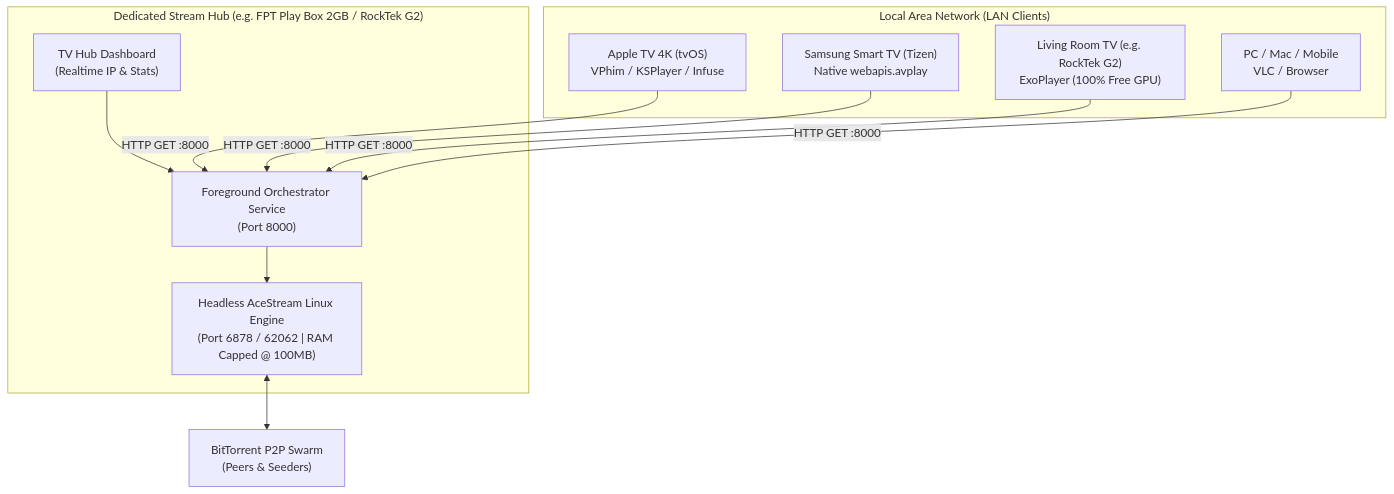
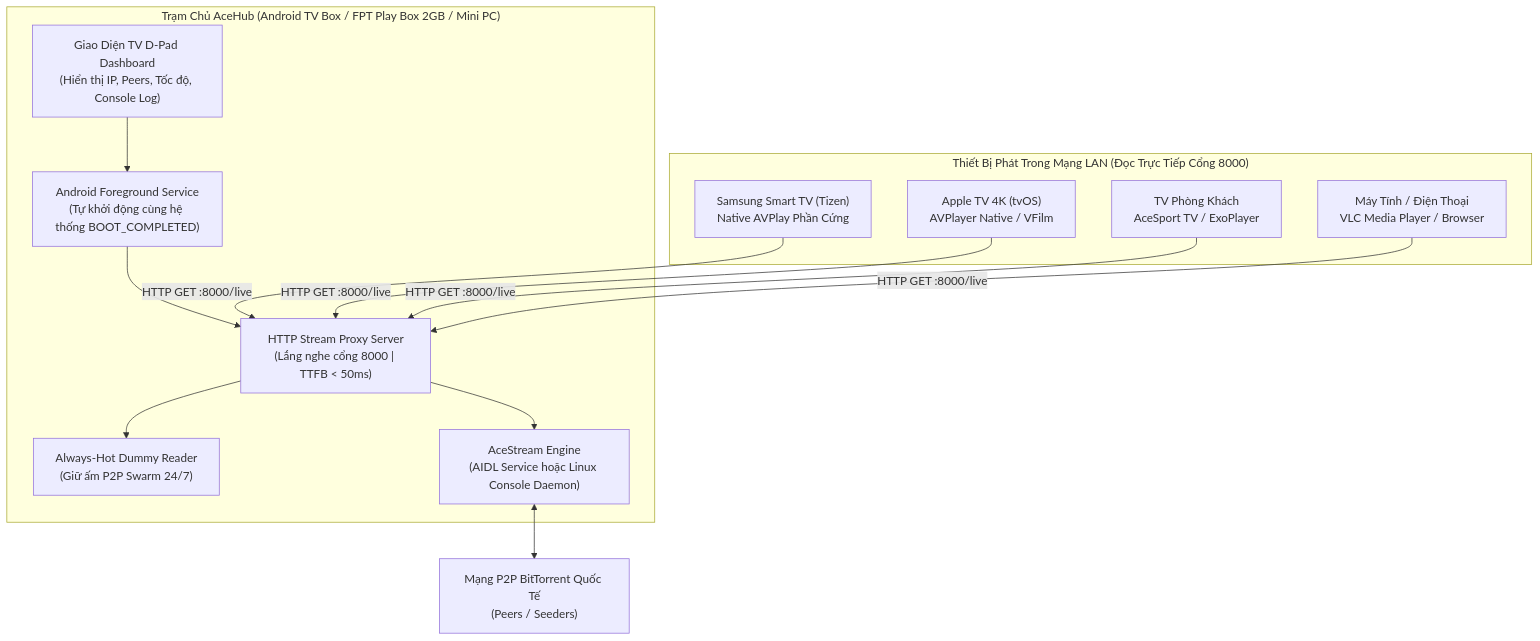
Before and after one commit to hongson117/aceHub: the diagram in README.md, drawn with Mermaid. The commit also changed other lines of this file and 21 other files, not shown here.

Commit message:
feat: finalize AceHub packaging, rename to aceHub, add GitHub workflows, MIT license and documentation

````diff
--- a/README.md
+++ b/README.md
@@ -29,20 +30,24 @@
 ```mermaid
 flowchart TD
-    subgraph Hub["Dedicated Stream Hub (e.g. FPT Play Box 2GB / RockTek G2)"]
-        Dashboard["TV Hub Dashboard\n(Realtime IP & Stats)"]
-        Service["Foreground Orchestrator Service\n(Port 8000)"]
-        Engine["Headless AceStream Linux Engine\n(Port 6878 / 62062 | RAM Capped @ 100MB)"]
-        
+    subgraph AceHub["Trạm Chủ AceHub (Android TV Box / FPT Play Box 2GB / Mini PC)"]
+        Dashboard["Giao Diện TV D-Pad Dashboard\n(Hiển thị IP, Peers, Tốc độ, Console Log)"]
+        Service["Android Foreground Service\n(Tự khởi động cùng hệ thống BOOT_COMPLETED)"]
+        Proxy["HTTP Stream Proxy Server\n(Lắng nghe cổng 8000 | TTFB < 50ms)"]
+        Keepalive["Always-Hot Dummy Reader\n(Giữ ấm P2P Swarm 24/7)"]
+        Engine["AceStream Engine\n(AIDL Service hoặc Linux Console Daemon)"]
+
         Dashboard --> Service
-        Service --> Engine
+        Service --> Proxy
+        Proxy --> Keepalive
+        Proxy --> Engine
     end
 
-    subgraph LAN["Local Area Network (LAN Clients)"]
-        AppleTV["Apple TV 4K (tvOS)\nVPhim / KSPlayer / Infuse"] -->|HTTP GET :8000| Service
-        SamsungTV["Samsung Smart TV (Tizen)\nNative webapis.avplay"] -->|HTTP GET :8000| Service
-        AndroidTV["Living Room TV (e.g. RockTek G2)\nExoPlayer (100% Free GPU)"] -->|HTTP GET :8000| Service
-        PC["PC / Mac / Mobile\nVLC / Browser"] -->|HTTP GET :8000| Service
+    subgraph Clients["Thiết Bị Phát Trong Mạng LAN (Đọc Trực Tiếp Cổng 8000)"]
+        Samsung["Samsung Smart TV (Tizen)\nNative AVPlay Phần Cứng"] -->|HTTP GET :8000/live| Proxy
+        AppleTV["Apple TV 4K (tvOS)\nAVPlayer Native / VFilm"] -->|HTTP GET :8000/live| Proxy
+        AndroidTV["TV Phòng Khách\nAceSport TV / ExoPlayer"] -->|HTTP GET :8000/live| Proxy
+        VLC["Máy Tính / Điện Thoại\nVLC Media Player / Browser"] -->|HTTP GET :8000/live| Proxy
     end
 
-    Engine <--> Swarm["BitTorrent P2P Swarm\n(Peers & Seeders)"]
+    Engine <--> Swarm["Mạng P2P BitTorrent Quốc Tế\n(Peers / Seeders)"]
 ```
````
